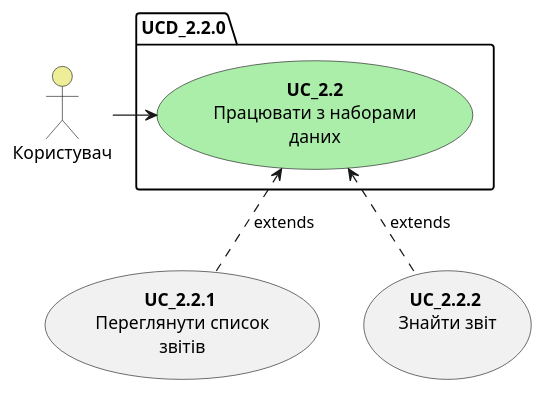
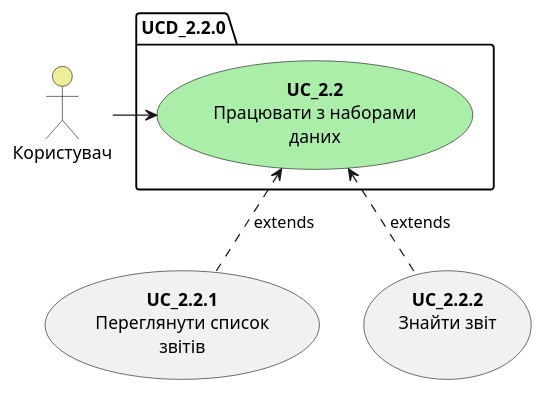
The diagram in src/uml/UCD_2.2.puml (boldak/database_basics_template), drawn with PlantUML before and after one commit.

```diff
--- a/src/uml/UCD_2.2.puml
+++ b/src/uml/UCD_2.2.puml
@@ -1,16 +1,16 @@
 @startuml
 package UCD_2.2.0 {
         usecase "<b>UC_2.2</b>\nПрацювати з наборами\nданих" as UC_2.2 #aaeeaa
     }
 
     actor "Користувач" as User #eeee99
     
-    usecase "<b>UC_2.2.1</b> \nПереглянути список\nзвітів" as UC_2.2.1
-    usecase "<b>UC_2.2.2</b> \nЗнайти звіт\n" as UC_2.2.2
+    usecase "<b>UC_2.2.1</b>\nПереглянути список\nзвітів" as UC_2.2.1
+    usecase "<b>UC_2.2.2</b>\nЗнайти звіт\n" as UC_2.2.2
 
 
     User -r-> UC_2.2
     
     UC_2.2.1 .u.> UC_2.2: extends
     UC_2.2.2 .u.> UC_2.2: extends
 @enduml
```
